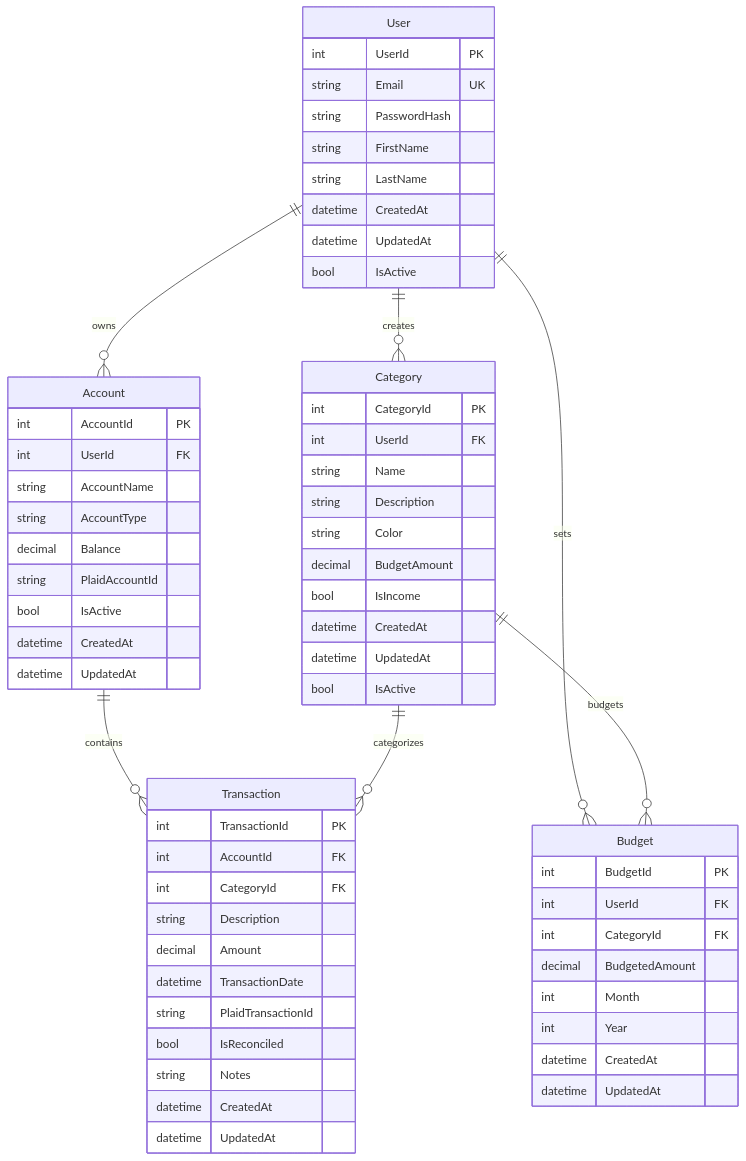
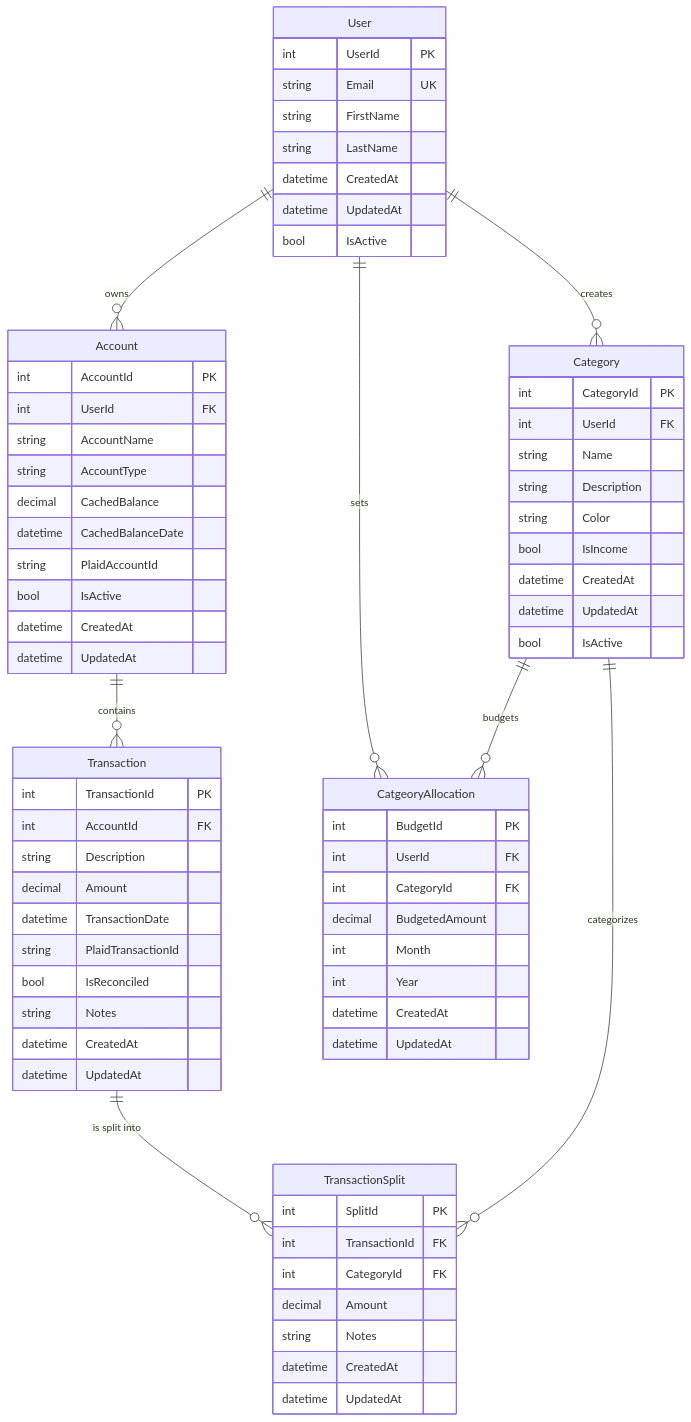
One commit to SnowSE/wnab changed the diagram in database-erd.md. Above: the diagram before and after it, drawn with Mermaid. The commit also changed other lines of this file and 7 other files, not shown here.

Commit message:
Refactor database schema: replace Budget with CategoryAllocation, add TransactionSplit entity, and update Account and Category models

````diff
--- a/database-erd.md
+++ b/database-erd.md
@@ -3,72 +5,82 @@
 ```mermaid
 erDiagram
     User {
         int UserId PK
         string Email UK
-        string PasswordHash
         string FirstName
         string LastName
         datetime CreatedAt
         datetime UpdatedAt
         bool IsActive
     }
     
     Category {
         int CategoryId PK
         int UserId FK
         string Name
         string Description
         string Color
-        decimal BudgetAmount
         bool IsIncome
         datetime CreatedAt
         datetime UpdatedAt
         bool IsActive
     }
     
     Account {
         int AccountId PK
         int UserId FK
         string AccountName
         string AccountType
-        decimal Balance
+        decimal CachedBalance
+        datetime CachedBalanceDate
         string PlaidAccountId
         bool IsActive
         datetime CreatedAt
         datetime UpdatedAt
     }
     
     Transaction {
         int TransactionId PK
         int AccountId FK
-        int CategoryId FK
         string Description
         decimal Amount
         datetime TransactionDate
         string PlaidTransactionId
         bool IsReconciled
         string Notes
         datetime CreatedAt
         datetime UpdatedAt
     }
     
-    Budget {
+    %% Unique constraint: (CategoryId, Year, Month)
+    CatgeoryAllocation {
         int BudgetId PK
         int UserId FK
         int CategoryId FK
         decimal BudgetedAmount
         int Month
         int Year
         datetime CreatedAt
         datetime UpdatedAt
     }
+
+    TransactionSplit {
+        int SplitId PK
+        int TransactionId FK
+        int CategoryId FK
+        decimal Amount
+        string Notes
+        datetime CreatedAt
+        datetime UpdatedAt
+    }
     
     %% Relationships
     User ||--o{ Category : "creates"
     User ||--o{ Account : "owns"
-    User ||--o{ Budget : "sets"
+    User ||--o{ CatgeoryAllocation : "sets"
     
     Account ||--o{ Transaction : "contains"
-    Category ||--o{ Transaction : "categorizes"
-    Category ||--o{ Budget : "budgets"
+    Transaction ||--o{ TransactionSplit : "is split into"
+    Category ||--o{ TransactionSplit : "categorizes"
+    Category ||--o{ CatgeoryAllocation : "budgets"
 ```
````
